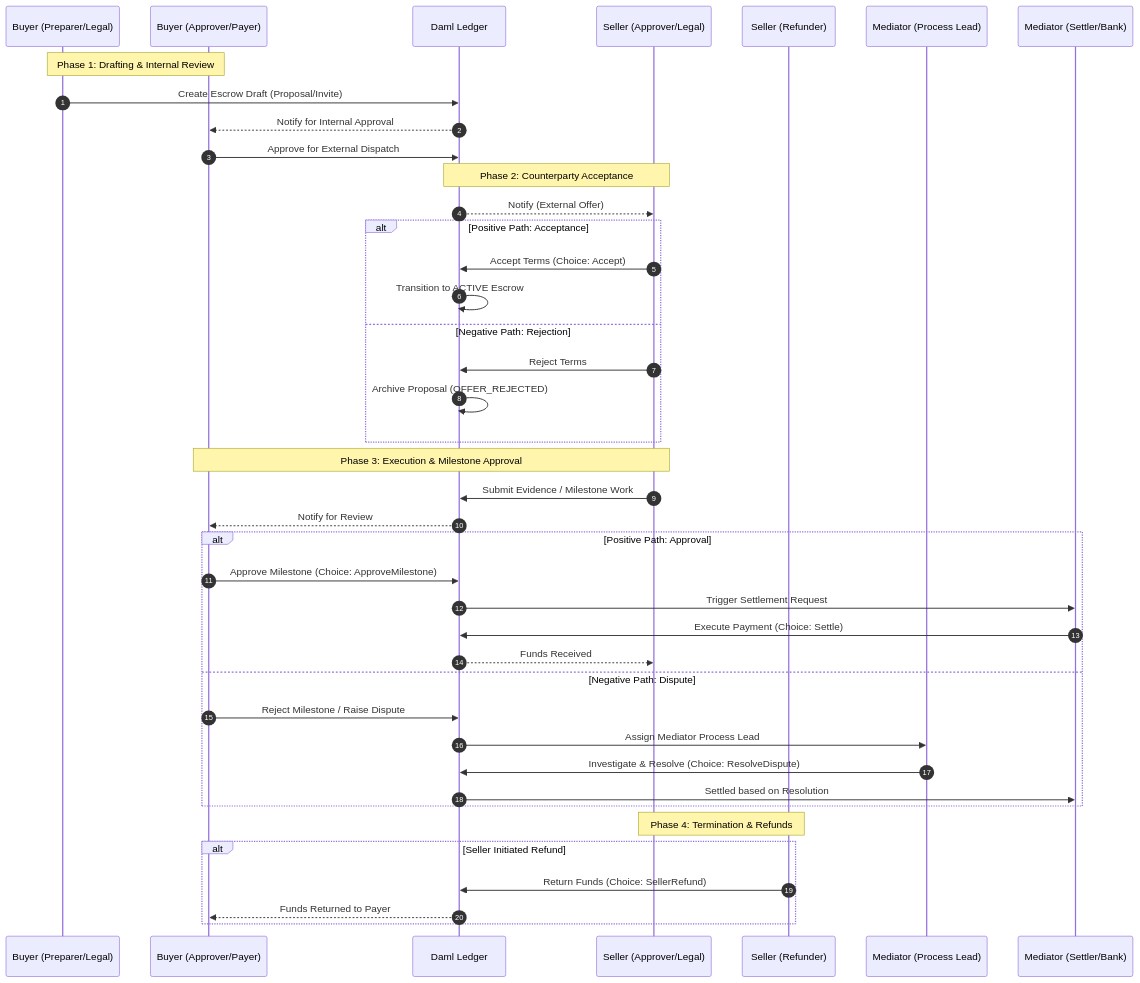
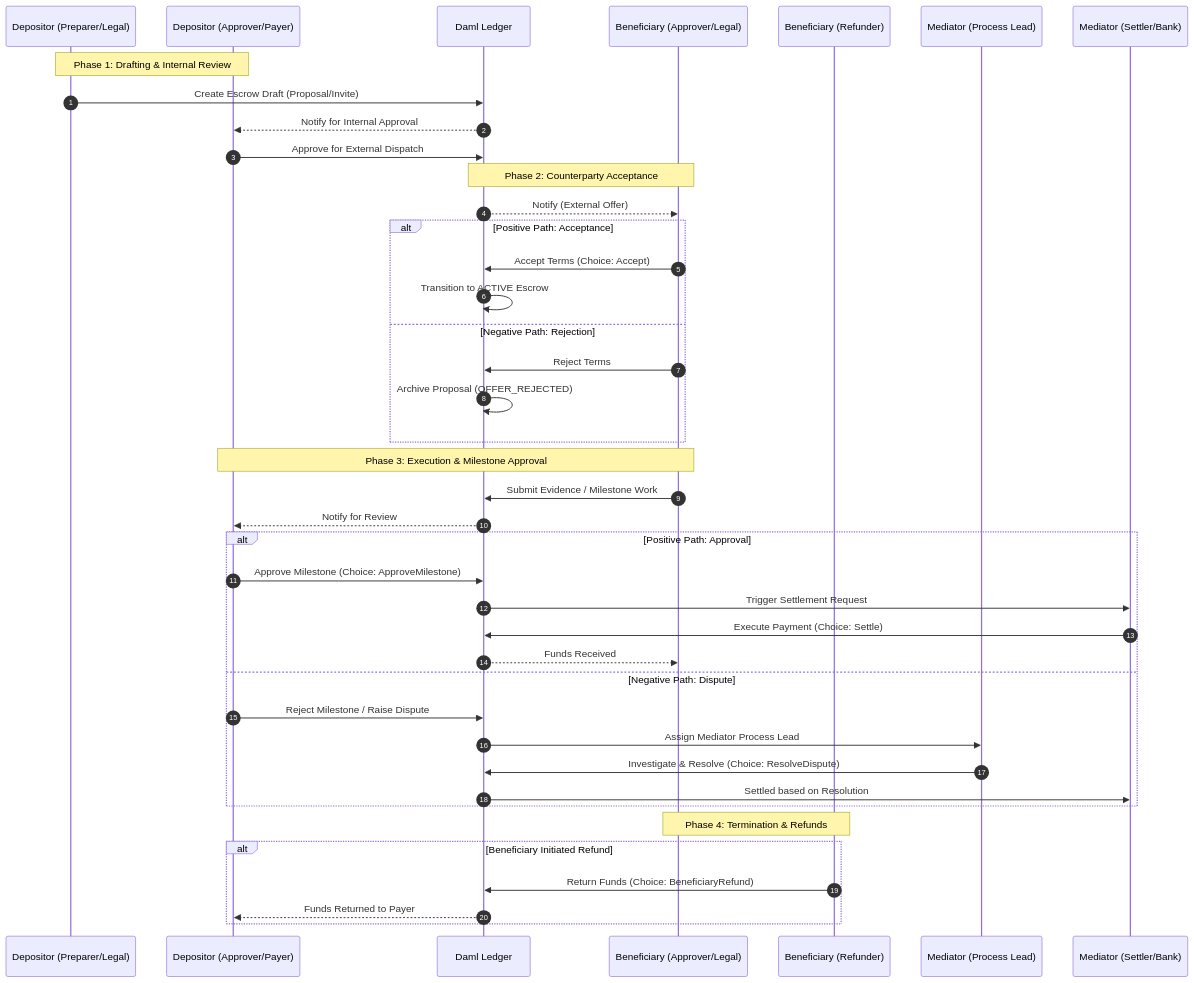
One commit to dhushon/daml-escrow changed the first of 5 diagrams in ARCHITECTURE_EVOLUTION.md. Above: the diagram before and after it, drawn with Mermaid. The commit also changed other lines of this file and 7 other files, not shown here.

````diff
--- a/ARCHITECTURE_EVOLUTION.md
+++ b/ARCHITECTURE_EVOLUTION.md
@@ -9,47 +9,47 @@
 ```mermaid
 sequenceDiagram
     autonumber
-    participant BC as Buyer (Preparer/Legal)
-    participant BA as Buyer (Approver/Payer)
+    participant DC as Depositor (Preparer/Legal)
+    participant DA as Depositor (Approver/Payer)
     participant L as Daml Ledger
-    participant SA as Seller (Approver/Legal)
-    participant SR as Seller (Refunder)
+    participant BA as Beneficiary (Approver/Legal)
+    participant BR as Beneficiary (Refunder)
     participant ML as Mediator (Process Lead)
     participant MS as Mediator (Settler/Bank)
 
-    Note over BC, BA: Phase 1: Drafting & Internal Review
-    BC->>L: Create Escrow Draft (Proposal/Invite)
-    L-->>BA: Notify for Internal Approval
-    BA->>L: Approve for External Dispatch
+    Note over DC, DA: Phase 1: Drafting & Internal Review
+    DC->>L: Create Escrow Draft (Proposal/Invite)
+    L-->>DA: Notify for Internal Approval
+    DA->>L: Approve for External Dispatch
     
-    Note over L, SA: Phase 2: Counterparty Acceptance
-    L-->>SA: Notify (External Offer)
+    Note over L, BA: Phase 2: Counterparty Acceptance
+    L-->>BA: Notify (External Offer)
     alt Positive Path: Acceptance
-        SA->>L: Accept Terms (Choice: Accept)
+        BA->>L: Accept Terms (Choice: Accept)
         L->>L: Transition to ACTIVE Escrow
     else Negative Path: Rejection
-        SA->>L: Reject Terms
+        BA->>L: Reject Terms
         L->>L: Archive Proposal (OFFER_REJECTED)
     end
 
-    Note over BA, SA: Phase 3: Execution & Milestone Approval
-    SA->>L: Submit Evidence / Milestone Work
-    L-->>BA: Notify for Review
+    Note over DA, BA: Phase 3: Execution & Milestone Approval
+    BA->>L: Submit Evidence / Milestone Work
+    L-->>DA: Notify for Review
     alt Positive Path: Approval
-        BA->>L: Approve Milestone (Choice: ApproveMilestone)
+        DA->>L: Approve Milestone (Choice: ApproveMilestone)
         L->>MS: Trigger Settlement Request
         MS->>L: Execute Payment (Choice: Settle)
-        L-->>SA: Funds Received
+        L-->>BA: Funds Received
     else Negative Path: Dispute
-        BA->>L: Reject Milestone / Raise Dispute
+        DA->>L: Reject Milestone / Raise Dispute
         L->>ML: Assign Mediator Process Lead
         ML->>L: Investigate & Resolve (Choice: ResolveDispute)
         L->>MS: Settled based on Resolution
     end
 
-    Note over SA, SR: Phase 4: Termination & Refunds
-    alt Seller Initiated Refund
-        SR->>L: Return Funds (Choice: SellerRefund)
-        L-->>BA: Funds Returned to Payer
+    Note over BA, BR: Phase 4: Termination & Refunds
+    alt Beneficiary Initiated Refund
+        BR->>L: Return Funds (Choice: BeneficiaryRefund)
+        L-->>DA: Funds Returned to Payer
     end
 ```
````
